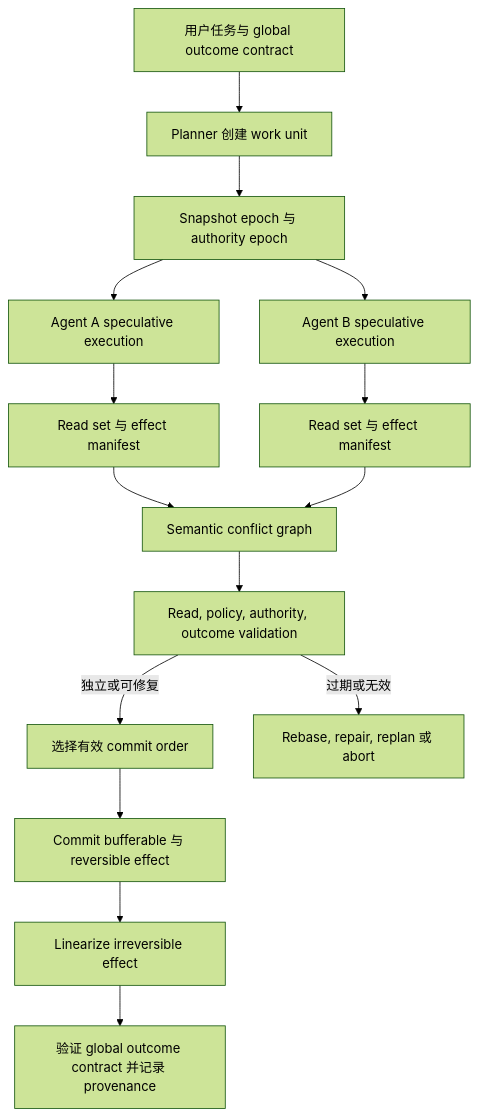
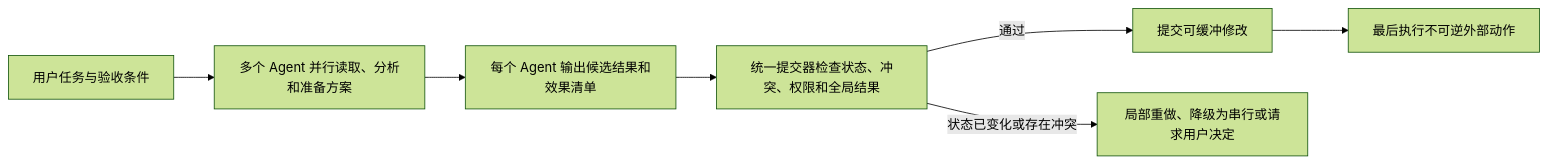
One commit to eunomia-bpf/eunomia.dev changed the diagram in docs/research/parallel-agent-effect-serializability.zh.md. Above: the diagram before and after it, drawn with Mermaid (forest theme). The commit also changed other lines of this file, not shown here.

Commit message:
Rewrite parallel agent research for human readers

````diff
--- a/docs/research/parallel-agent-effect-serializability.zh.md
+++ b/docs/research/parallel-agent-effect-serializability.zh.md
@@ -243,17 +109,9 @@
 ```mermaid
-flowchart TD
-    U[用户任务与 global outcome contract] --> P[Planner 创建 work unit]
-    P --> X[Snapshot epoch 与 authority epoch]
-    X --> A[Agent A speculative execution]
-    X --> B[Agent B speculative execution]
-    A --> EA[Read set 与 effect manifest]
-    B --> EB[Read set 与 effect manifest]
-    EA --> G[Semantic conflict graph]
-    EB --> G
-    G --> V[Read, policy, authority, outcome validation]
-    V -->|独立或可修复| O[选择有效 commit order]
-    V -->|过期或无效| R[Rebase, repair, replan 或 abort]
-    O --> C[Commit bufferable 与 reversible effect]
-    C --> I[Linearize irreversible effect]
-    I --> Q[验证 global outcome contract 并记录 provenance]
+flowchart LR
+    U[用户任务与验收条件] --> P[多个 Agent 并行读取、分析和准备方案]
+    P --> M[每个 Agent 输出候选结果和效果清单]
+    M --> V[统一提交器检查状态、冲突、权限和全局结果]
+    V -->|通过| C[提交可缓冲修改]
+    V -->|状态已变化或存在冲突| R[局部重做、降级为串行或请求用户决定]
+    C --> E[最后执行不可逆外部动作]
 ```
````
